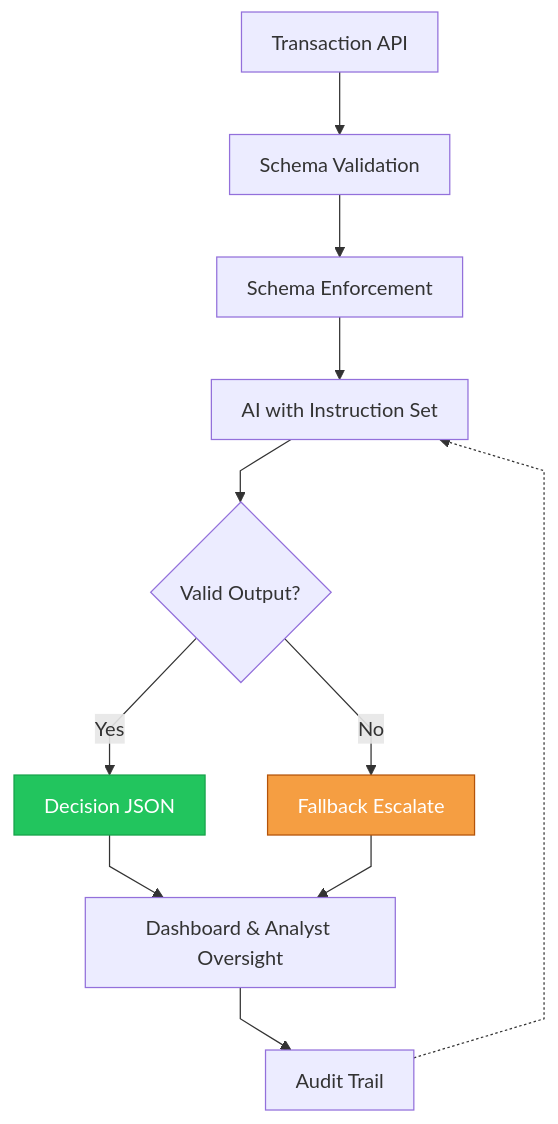
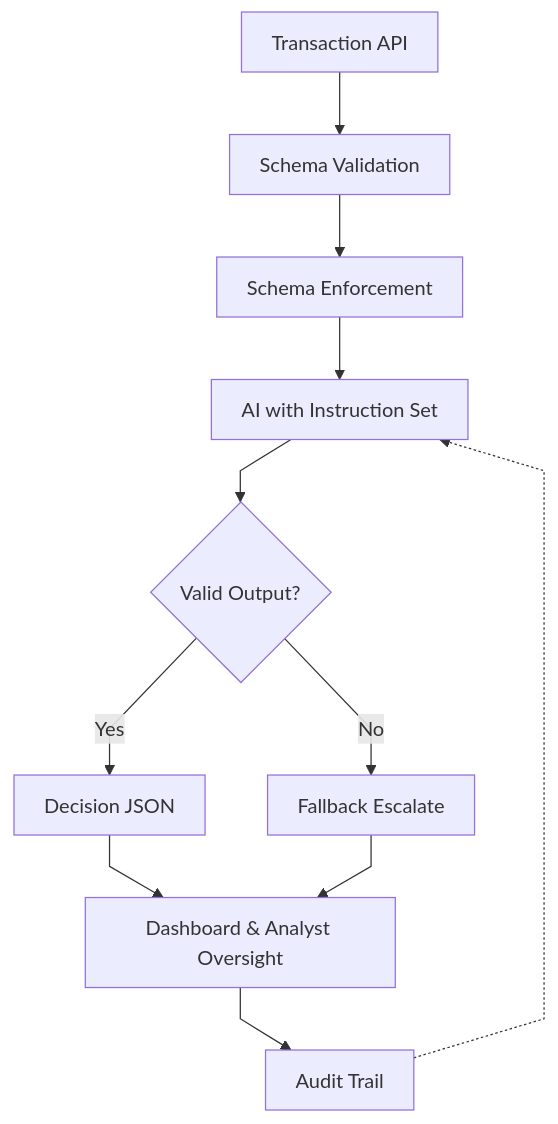
One commit to adthomps/applied-practical-thinking changed the diagram in apps/web/public/content/guides/01-ai-system-instructions-for-transaction-analysis-guide.md. Above: the diagram before and after it, drawn with Mermaid. The commit also changed 63 other files, not shown here.

````diff
--- a/apps/web/public/content/guides/01-ai-system-instructions-for-transaction-analysis-guide.md
+++ b/apps/web/public/content/guides/01-ai-system-instructions-for-transaction-analysis-guide.md
@@ -112,30 +112,18 @@
 ```mermaid
 %%{init:{
   "securityLevel":"loose",
-  "flowchart":{"htmlLabels":true,"useMaxWidth":true,"diagramPadding":16,"padding":12,"curve":"linear"},
-  "themeVariables":{
-    "decisionBg":"#22c55e",
-    "decisionBorder":"#16a34a",
-    "escalateBg":"#f59e42",
-    "escalateBorder":"#b45309"
-  }
+  "flowchart":{"htmlLabels":true,"useMaxWidth":true,"diagramPadding":16,"padding":12,"curve":"linear"}
 }}%%
 flowchart TD
   A["Transaction API"] --> B["Schema Validation"]
   B --> SE["Schema Enforcement"]
   SE --> C["AI with Instruction Set"]
   C --> D{"Valid Output?"}
-  D -->|Yes| E["Decision JSON"]:::decision
-  D -->|No| F["Fallback Escalate"]:::escalate
+  D -->|Yes| E["Decision JSON"]
+  D -->|No| F["Fallback Escalate"]
   E --> G["Dashboard & Analyst Oversight"]
   F --> G
   G --> AT["Audit Trail"]
   AT -.-> C
 
-  %% Node styles
-  E:::decision
-  F:::escalate
-  classDef decision fill:#22c55e,stroke:#16a34a,color:#fff;
-  classDef escalate fill:#f59e42,stroke:#b45309,color:#fff;
-
 ```
````
